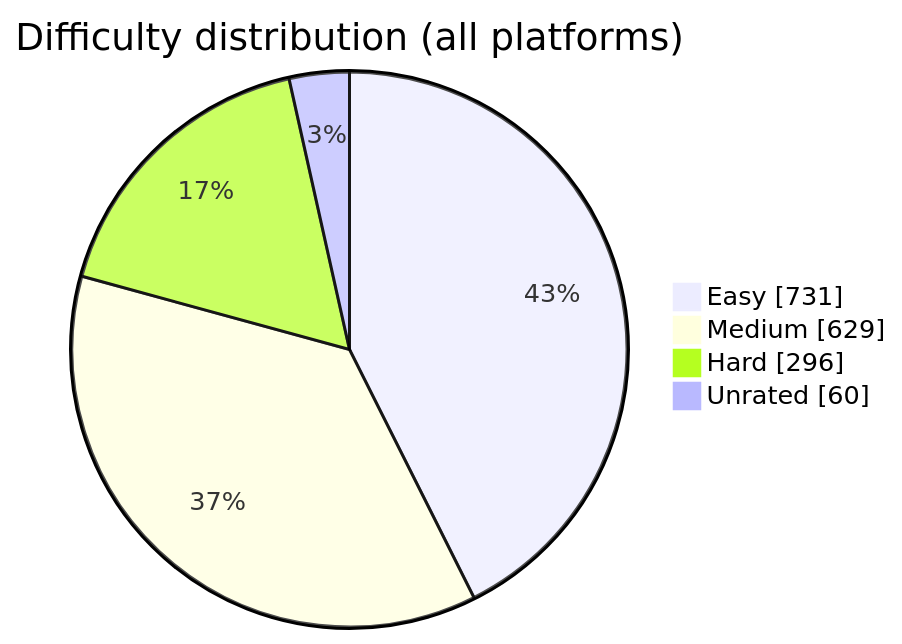
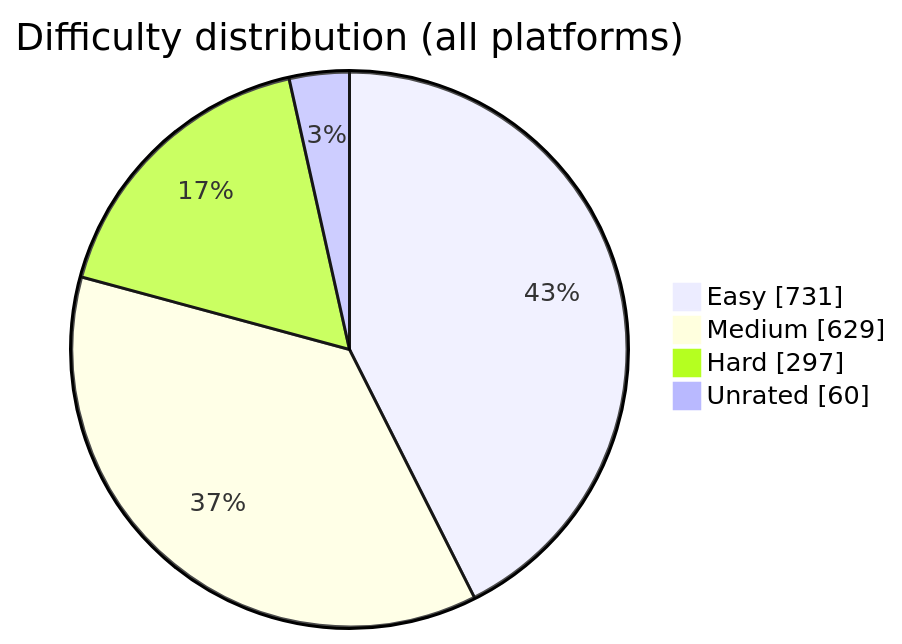
The diagram in README.md (BuildbyArindam/Daily-Coding-Log), drawn with Mermaid before and after one commit. The commit also changed other lines of this file, not shown here.

````diff
--- a/README.md
+++ b/README.md
@@ -93,7 +93,7 @@
 ```mermaid
 pie showData title Difficulty distribution (all platforms)
     "Easy" : 731
     "Medium" : 629
-    "Hard" : 296
+    "Hard" : 297
     "Unrated" : 60
 ```
````
